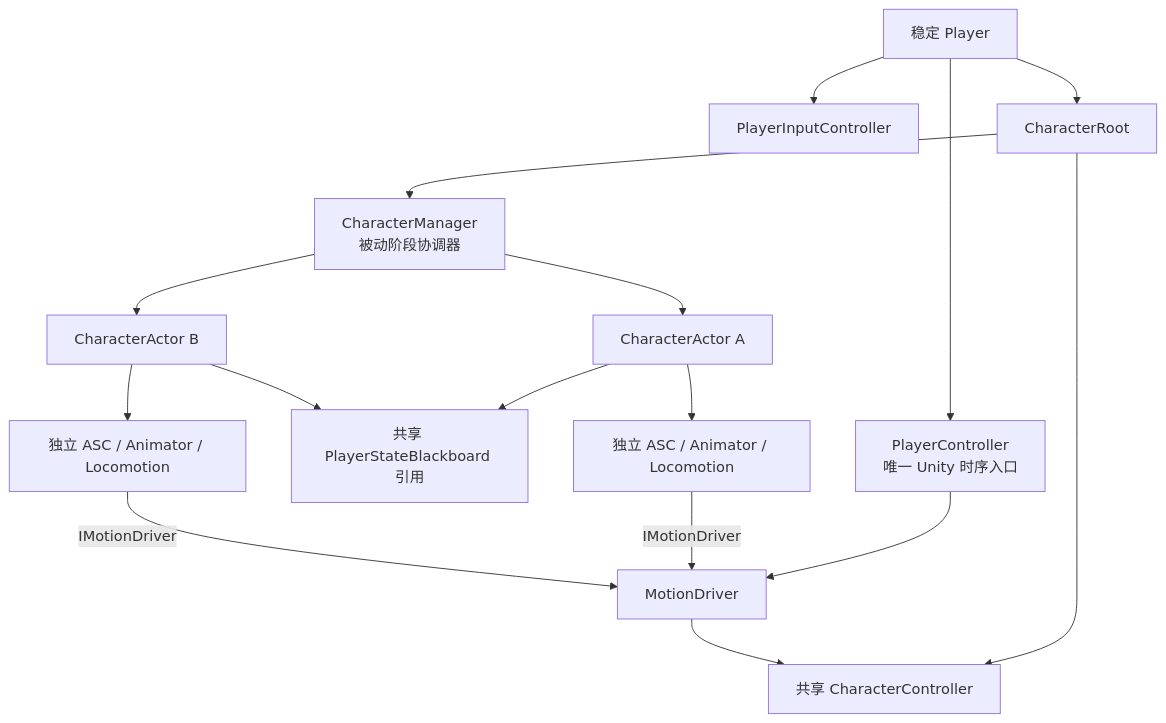
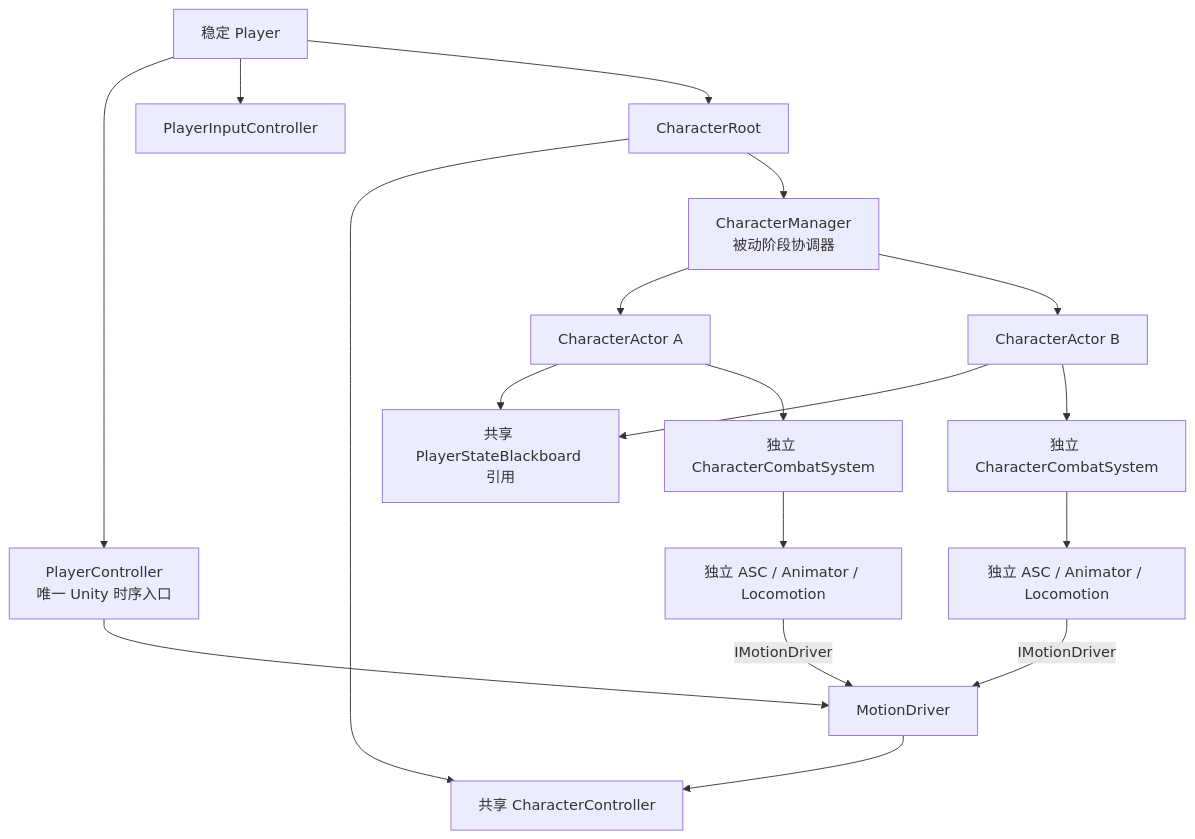
One commit to Whitesheeeep/3DRPG changed the first of 14 diagrams in Assets/Scripts/Character/CharacterControlAndMotionArchitecture.md. Above: the diagram before and after it, drawn with Mermaid. The commit also changed other lines of this file and 21 other files, not shown here.

````diff
--- a/Assets/Scripts/Character/CharacterControlAndMotionArchitecture.md
+++ b/Assets/Scripts/Character/CharacterControlAndMotionArchitecture.md
@@ -7,18 +7,20 @@
 ```mermaid
 flowchart TD
     Player[稳定 Player] --> PC[PlayerController<br/>唯一 Unity 时序入口]
     Player --> Input[PlayerInputController]
     Player --> Root[CharacterRoot]
     Root --> CC[共享 CharacterController]
     Root --> CM[CharacterManager<br/>被动阶段协调器]
     CM --> A[CharacterActor A]
     CM --> B[CharacterActor B]
     A --> BB[共享 PlayerStateBlackboard 引用]
     B --> BB
-    A --> ASC_A[独立 ASC / Animator / Locomotion]
-    B --> ASC_B[独立 ASC / Animator / Locomotion]
+    A --> Combat_A[独立 CharacterCombatSystem]
+    B --> Combat_B[独立 CharacterCombatSystem]
+    Combat_A --> ASC_A[独立 ASC / Animator / Locomotion]
+    Combat_B --> ASC_B[独立 ASC / Animator / Locomotion]
     PC --> MD[MotionDriver]
     ASC_A -->|IMotionDriver| MD
     ASC_B -->|IMotionDriver| MD
     MD --> CC
 ```
````
